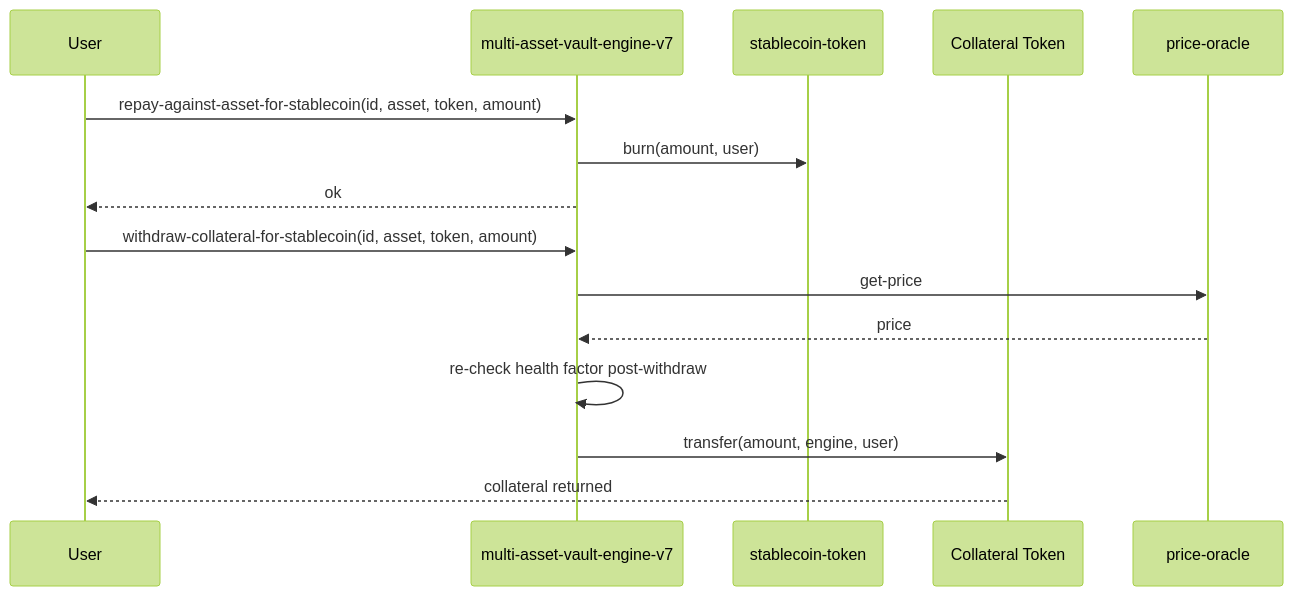
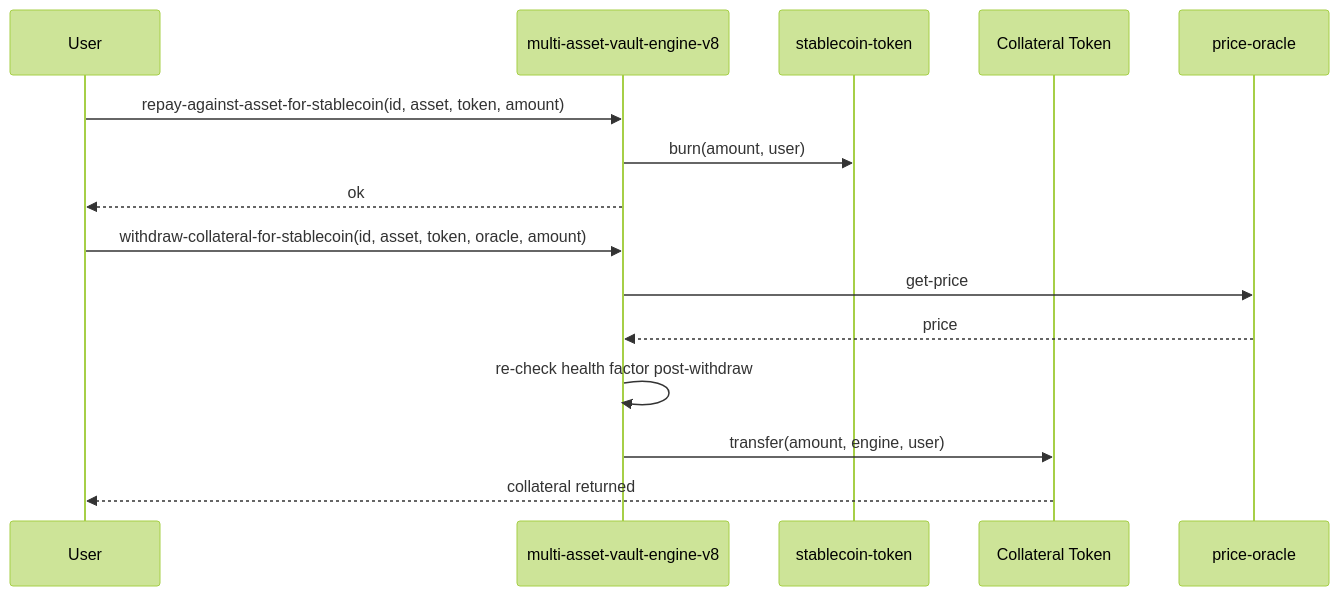
Before and after one commit to yehia67/stacks-stablecoin-engine: the fifth of 8 diagrams in docs/getting_started.md, drawn with Mermaid (forest theme). The commit also changed other lines of this file and 1 other file, not shown here.

First line of the commit message:
docs: update README and getting_started to reflect v8 trait-based oracle upgrade on mainnet and testnet (#75)

````diff
--- a/docs/getting_started.md
+++ b/docs/getting_started.md
@@ -165,18 +167,18 @@
 ```mermaid
 sequenceDiagram
   participant U as User
-  participant VE as multi-asset-vault-engine-v7
+  participant VE as multi-asset-vault-engine-v8
   participant ST as stablecoin-token
   participant CT as Collateral Token
   participant OR as price-oracle
 
   U->>VE: repay-against-asset-for-stablecoin(id, asset, token, amount)
   VE->>ST: burn(amount, user)
   VE-->>U: ok
-  U->>VE: withdraw-collateral-for-stablecoin(id, asset, token, amount)
+  U->>VE: withdraw-collateral-for-stablecoin(id, asset, token, oracle, amount)
   VE->>OR: get-price
   OR-->>VE: price
   VE->>VE: re-check health factor post-withdraw
   VE->>CT: transfer(amount, engine, user)
   CT-->>U: collateral returned
 ```
````
